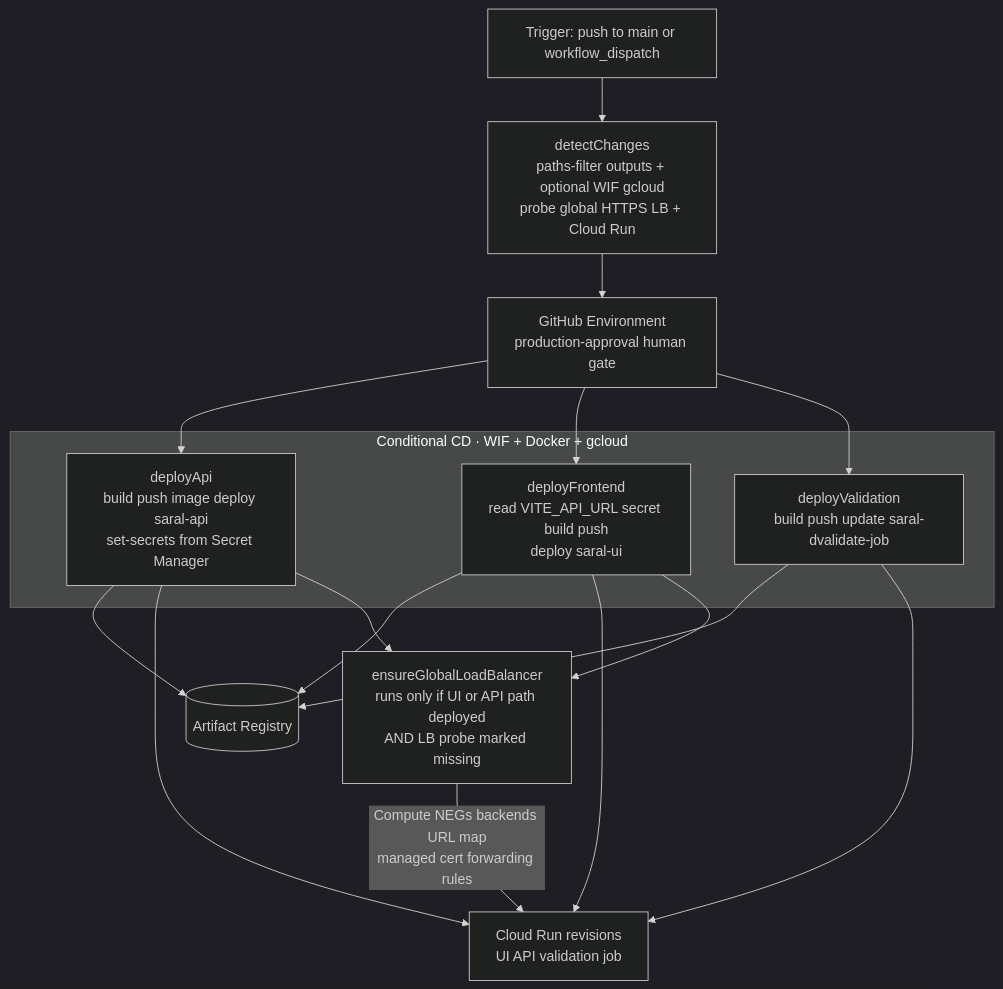
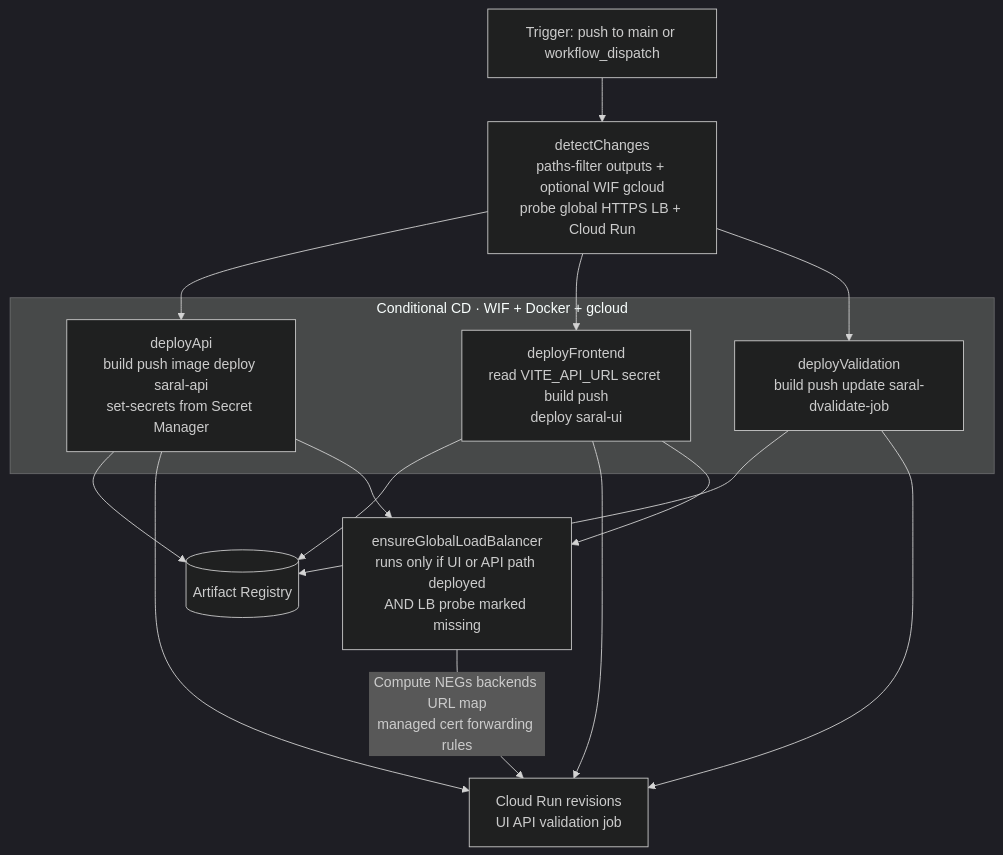
One commit to UttU28/Saral-Job-Viewer changed the fourth of 4 diagrams in docs/ARCHITECTURE-DIAGRAMS.md. Above: the diagram before and after it, drawn with Mermaid (dark theme). The commit also changed other lines of this file and 4 other files, not shown here.

````diff
--- a/docs/ARCHITECTURE-DIAGRAMS.md
+++ b/docs/ARCHITECTURE-DIAGRAMS.md
@@ -119,28 +119,26 @@
 ```mermaid
 flowchart TB
   T[Trigger: push to main or workflow_dispatch]
   DC[detectChanges<br/>paths-filter outputs + optional WIF gcloud<br/>probe global HTTPS LB + Cloud Run]
-  AP[GitHub Environment<br/>production-approval human gate]
   subgraph P4["Conditional CD · WIF + Docker + gcloud"]
     DAPI[deployApi<br/>build push image deploy saral-api<br/>set-secrets from Secret Manager]
     DFE[deployFrontend<br/>read VITE_API_URL secret build push<br/>deploy saral-ui]
     DVAL[deployValidation<br/>build push update saral-dvalidate-job]
   end
   ELB[ensureGlobalLoadBalancer<br/>runs only if UI or API path deployed<br/>AND LB probe marked missing]
   AR[(Artifact Registry)]
   RUN[Cloud Run revisions<br/>UI API validation job]
   T --> DC
-  DC --> AP
-  AP --> DAPI
-  AP --> DFE
-  AP --> DVAL
+  DC --> DAPI
+  DC --> DFE
+  DC --> DVAL
   DAPI --> AR
   DFE --> AR
   DVAL --> AR
   DAPI --> RUN
   DFE --> RUN
   DVAL --> RUN
   DAPI --> ELB
   DFE --> ELB
   ELB -->|Compute NEGs backends URL map<br/>managed cert forwarding rules| RUN
 ```
````
